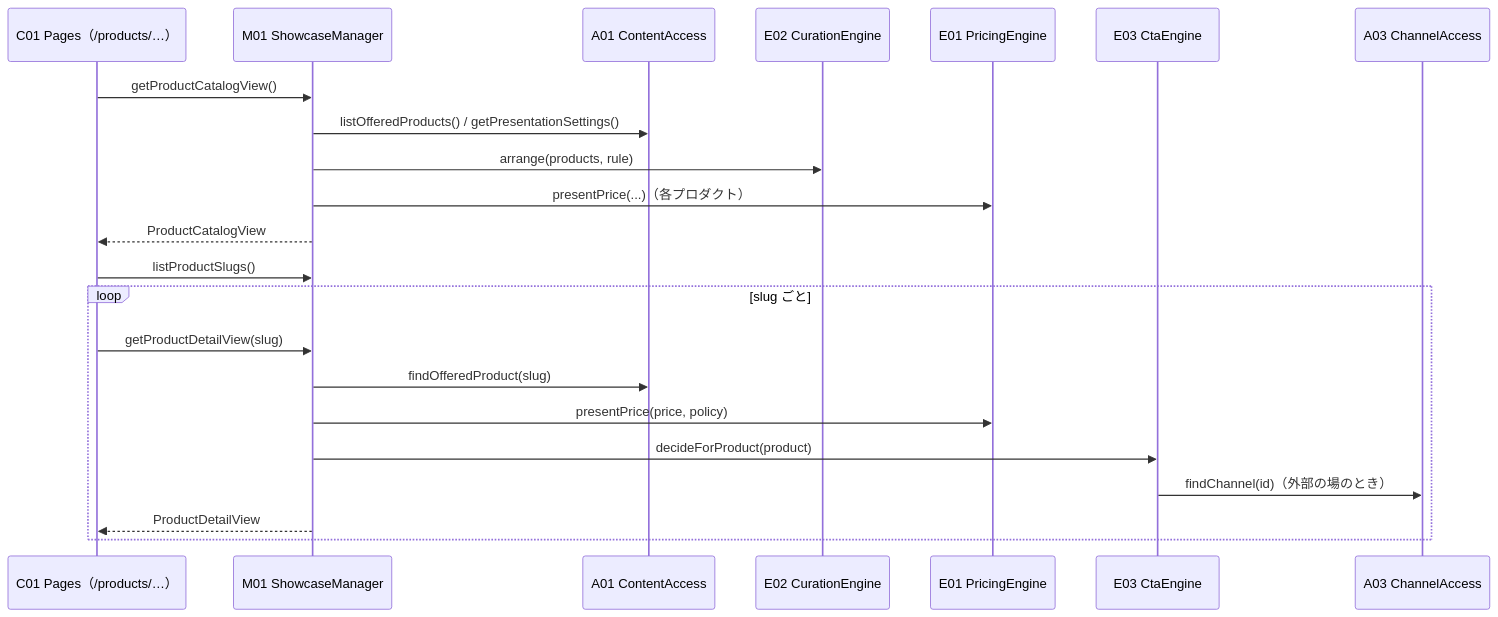
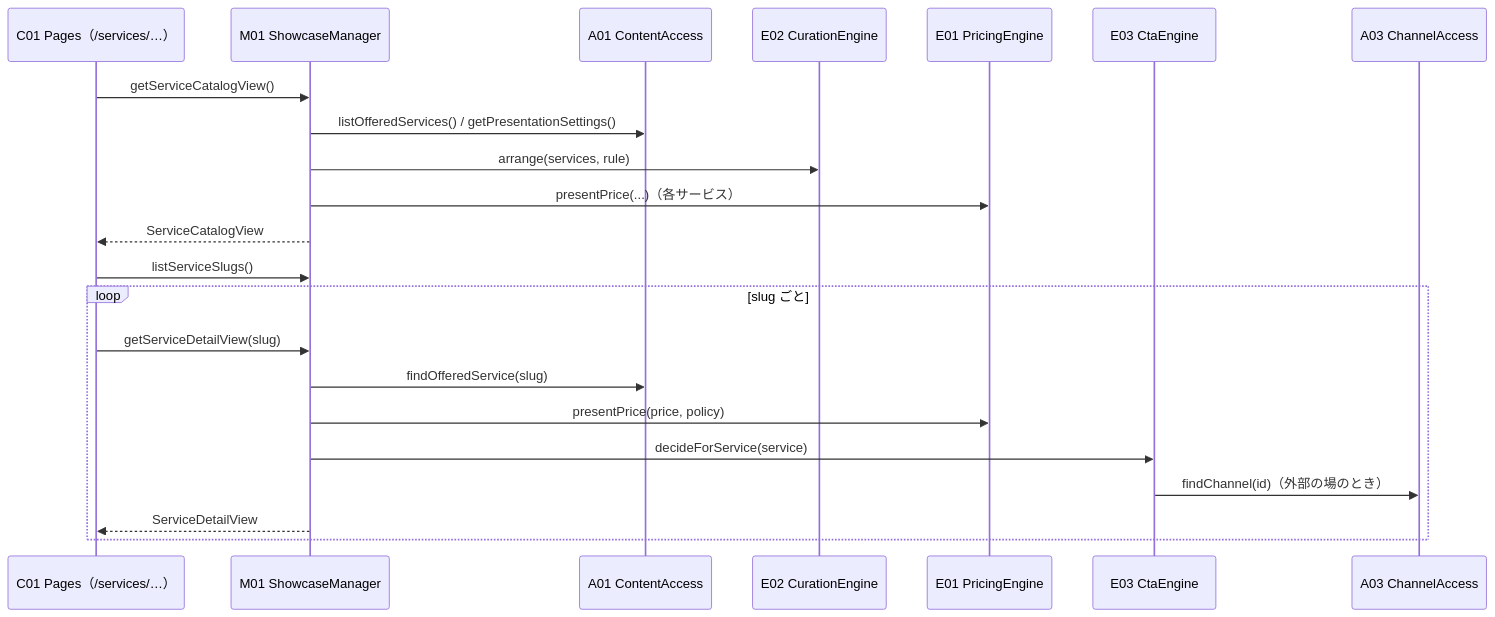
One commit to fukugyononuko/fukugyononuko.github.io changed the third of 6 diagrams in docs/02_basic_internal.md. Above: the diagram before and after it, drawn with Mermaid. The commit also changed other lines of this file and 6 other files, not shown here.

````diff
--- a/docs/02_basic_internal.md
+++ b/docs/02_basic_internal.md
@@ -170,24 +170,24 @@
 ```mermaid
 sequenceDiagram
-  participant P as C01 Pages（/products/…）
+  participant P as C01 Pages（/services/…）
   participant SM as M01 ShowcaseManager
   participant CA as A01 ContentAccess
   participant CE as E02 CurationEngine
   participant PE as E01 PricingEngine
   participant CT as E03 CtaEngine
   participant CH as A03 ChannelAccess
-  P->>SM: getProductCatalogView()
-  SM->>CA: listOfferedProducts() / getPresentationSettings()
-  SM->>CE: arrange(products, rule)
-  SM->>PE: presentPrice(...)（各プロダクト）
-  SM-->>P: ProductCatalogView
-  P->>SM: listProductSlugs()
+  P->>SM: getServiceCatalogView()
+  SM->>CA: listOfferedServices() / getPresentationSettings()
+  SM->>CE: arrange(services, rule)
+  SM->>PE: presentPrice(...)（各サービス）
+  SM-->>P: ServiceCatalogView
+  P->>SM: listServiceSlugs()
   loop slug ごと
-    P->>SM: getProductDetailView(slug)
-    SM->>CA: findOfferedProduct(slug)
+    P->>SM: getServiceDetailView(slug)
+    SM->>CA: findOfferedService(slug)
     SM->>PE: presentPrice(price, policy)
-    SM->>CT: decideForProduct(product)
+    SM->>CT: decideForService(service)
     CT->>CH: findChannel(id)（外部の場のとき）
-    SM-->>P: ProductDetailView
+    SM-->>P: ServiceDetailView
   end
 ```
````
